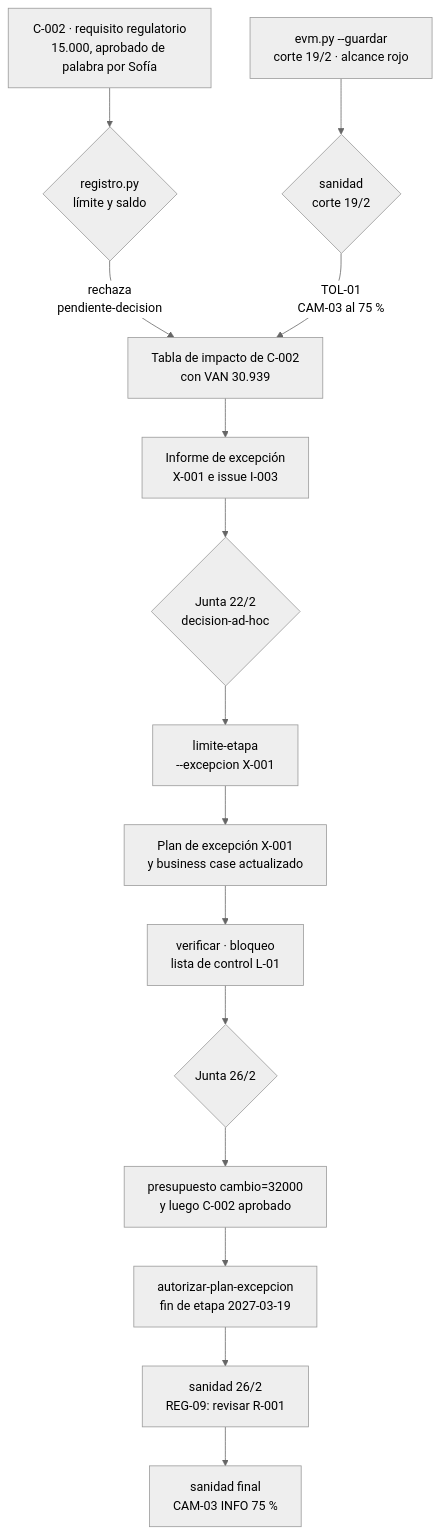
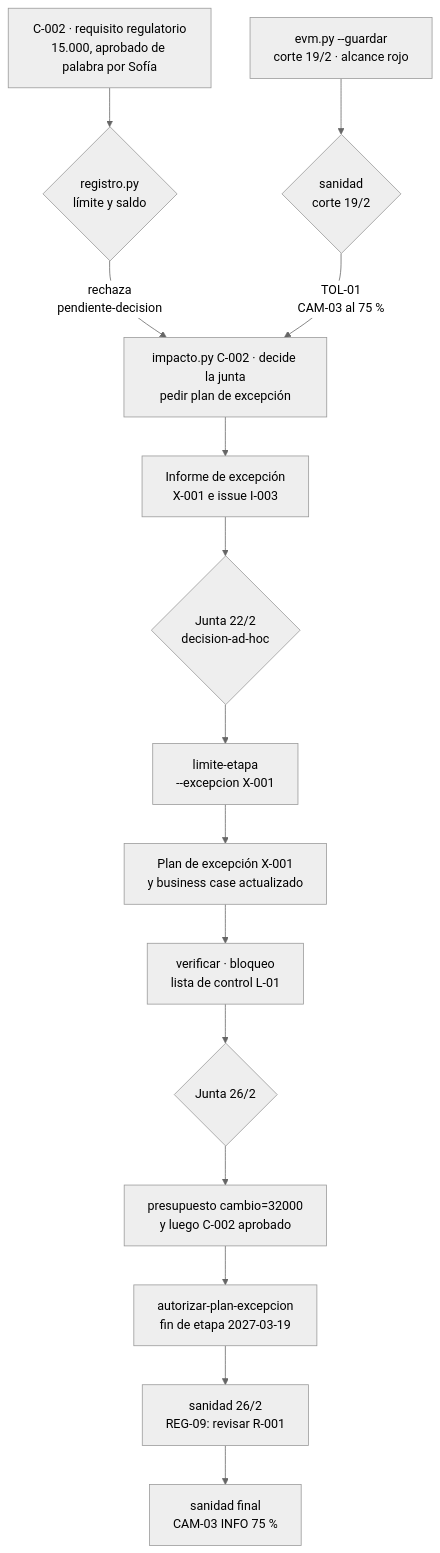
Before and after one commit to Arturo-Penas-Rial/pm-method: the sixth of 6 diagrams in docs/guias/E2E-2-alcance-roadmap.md, drawn with Mermaid (neutral theme). The commit also changed other lines of this file and 284 other files, not shown here.

````diff
--- a/docs/guias/E2E-2-alcance-roadmap.md
+++ b/docs/guias/E2E-2-alcance-roadmap.md
@@ -764,17 +873,17 @@
 ```mermaid
 flowchart TB
     c2["C-002 · requisito regulatorio<br/>15.000, aprobado de palabra por Sofía"] --> rg{"registro.py<br/>límite y saldo"}
-    rg -->|"rechaza<br/>pendiente-decision"| ti["Tabla de impacto de C-002<br/>con VAN 30.939"]
+    rg -->|"rechaza<br/>pendiente-decision"| ti["impacto.py C-002 · decide la junta<br/>pedir plan de excepción"]
     ev["evm.py --guardar<br/>corte 19/2 · alcance rojo"] --> s1{"sanidad<br/>corte 19/2"}
     s1 -->|"TOL-01<br/>CAM-03 al 75 %"| ti
     ti --> x["Informe de excepción<br/>X-001 e issue I-003"]
     x --> j1{"Junta 22/2<br/>decision-ad-hoc"}
     j1 --> le["limite-etapa<br/>--excepcion X-001"]
     le --> pe["Plan de excepción X-001<br/>y business case actualizado"]
     pe --> v1["verificar · bloqueo<br/>lista de control L-01"]
     v1 --> j2{"Junta 26/2"}
     j2 --> pr["presupuesto cambio=32000<br/>y luego C-002 aprobado"]
     pr --> ap["autorizar-plan-excepcion<br/>fin de etapa 2027-03-19"]
     ap --> s2["sanidad 26/2<br/>REG-09: revisar R-001"]
     s2 --> s3["sanidad final<br/>CAM-03 INFO 75 %"]
 ```
````
